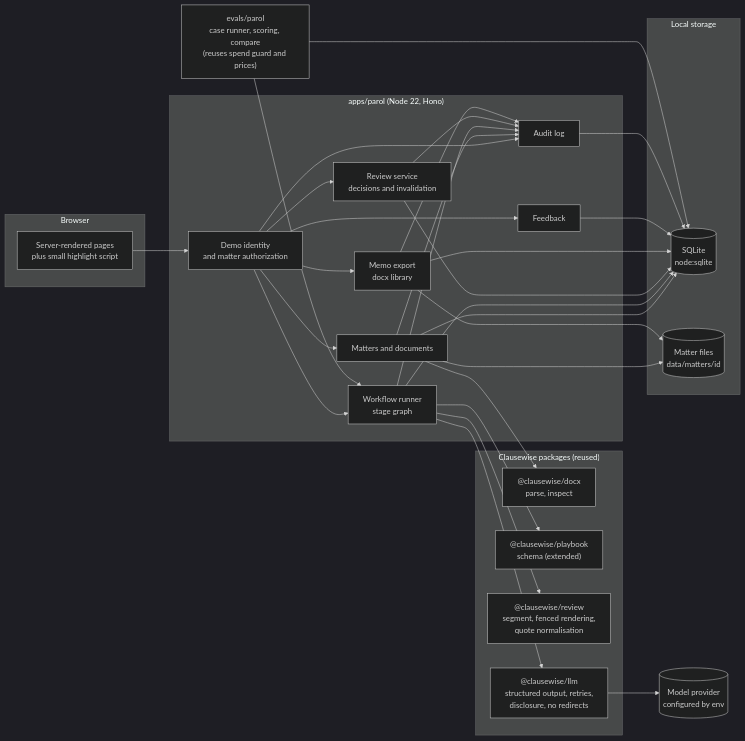
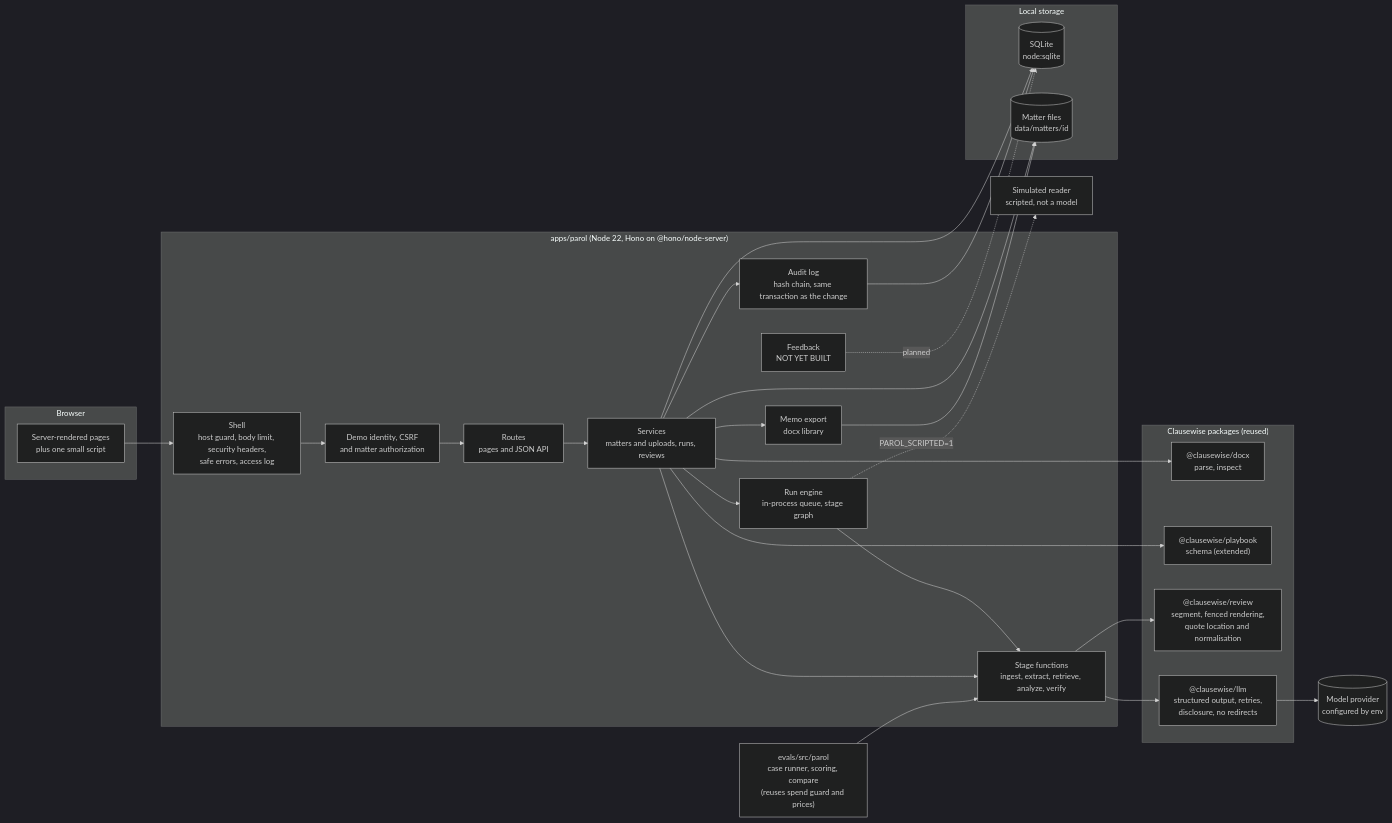
The first of 5 diagrams in docs/parol/02-experience-and-architecture.md (Silicon-Docket/clausewise), drawn with Mermaid (dark theme) before and after one commit. The commit also changed other lines of this file and 8 other files, not shown here.

First line of the commit message:
WIP: update the Parol design documents to match the built system (checkpoint)

````diff
--- a/docs/parol/02-experience-and-architecture.md
+++ b/docs/parol/02-experience-and-architecture.md
@@ -145,41 +248,48 @@
 ```mermaid
 flowchart LR
   subgraph Browser
-    UI[Server-rendered pages<br/>plus small highlight script]
+    UI["Server-rendered pages<br/>plus one small script"]
   end
 
-  subgraph Server["apps/parol (Node 22, Hono)"]
-    AUTH[Demo identity<br/>and matter authorization]
-    MAT[Matters and documents]
-    RUN[Workflow runner<br/>stage graph]
-    REV[Review service<br/>decisions and invalidation]
-    EXP[Memo export<br/>docx library]
-    FB[Feedback]
-    AUD[Audit log]
+  subgraph Server["apps/parol (Node 22, Hono on @hono/node-server)"]
+    SHELL["Shell<br/>host guard, body limit, security headers,<br/>safe errors, access log"]
+    AUTH["Demo identity, CSRF<br/>and matter authorization"]
+    ROUTES["Routes<br/>pages and JSON API"]
+    SVC["Services<br/>matters and uploads, runs, reviews"]
+    RUN["Run engine<br/>in-process queue, stage graph"]
+    STAGES["Stage functions<br/>ingest, extract, retrieve, analyze, verify"]
+    EXP["Memo export<br/>docx library"]
+    FB["Feedback<br/>NOT YET BUILT"]
+    AUD["Audit log<br/>hash chain, same transaction as the change"]
   end
 
   subgraph Reused["Clausewise packages (reused)"]
     DOCX["@clausewise/docx<br/>parse, inspect"]
     PB["@clausewise/playbook<br/>schema (extended)"]
-    RVW["@clausewise/review<br/>segment, fenced rendering,<br/>quote normalisation"]
+    RVW["@clausewise/review<br/>segment, fenced rendering,<br/>quote location and normalisation"]
     LLM["@clausewise/llm<br/>structured output, retries,<br/>disclosure, no redirects"]
   end
 
   subgraph Store["Local storage"]
-    DB[(SQLite<br/>node:sqlite)]
-    FS[(Matter files<br/>data/matters/id)]
+    DB[("SQLite<br/>node:sqlite")]
+    FS[("Matter files<br/>data/matters/id")]
   end
 
-  EVAL["evals/parol<br/>case runner, scoring, compare<br/>(reuses spend guard and prices)"]
-  PROV[(Model provider<br/>configured by env)]
+  EVAL["evals/src/parol<br/>case runner, scoring, compare<br/>(reuses spend guard and prices)"]
+  PROV[("Model provider<br/>configured by env")]
+  SIM["Simulated reader<br/>scripted, not a model"]
 
-  UI --> AUTH --> MAT & RUN & REV & EXP & FB
-  MAT --> DOCX
-  RUN --> RVW & PB & LLM
+  UI --> SHELL --> AUTH --> ROUTES --> SVC
+  SVC --> RUN --> STAGES
+  SVC --> STAGES
+  SVC --> EXP
+  SVC --> DOCX & PB
+  STAGES --> RVW & LLM
   LLM --> PROV
-  MAT & RUN & REV & EXP & FB --> DB
-  MAT & EXP --> FS
-  AUTH & MAT & RUN & REV & EXP --> AUD --> DB
-  EVAL --> RUN
-  EVAL --> DB
+  RUN -. "PAROL_SCRIPTED=1" .-> SIM
+  SVC --> DB
+  SVC & EXP --> FS
+  SVC --> AUD --> DB
+  FB -. planned .-> DB
+  EVAL --> STAGES
 ```
````
